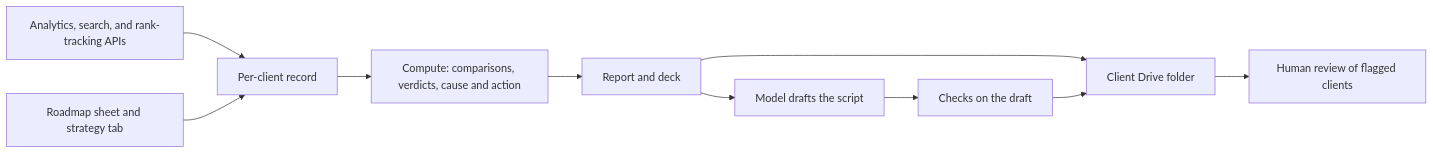
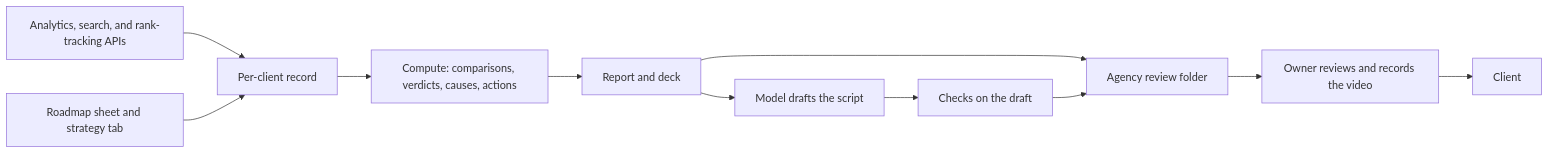
Before and after one commit to btweedy2879/engineering-write-ups: the diagram in reporting-pipeline.md, drawn with Mermaid. The commit also changed other lines of this file and 2 other files, not shown here.

````diff
--- a/reporting-pipeline.md
+++ b/reporting-pipeline.md
@@ -21,12 +19,13 @@
 ```mermaid
 flowchart LR
     A[Analytics, search, and rank-tracking APIs] --> B[Per-client record]
     S[Roadmap sheet and strategy tab] --> B
-    B --> C[Compute: comparisons, verdicts, cause and action]
+    B --> C[Compute: comparisons, verdicts, causes, actions]
     C --> D[Report and deck]
     D --> E[Model drafts the script]
     E --> F[Checks on the draft]
-    D --> G[Client Drive folder]
+    D --> G[Agency review folder]
     F --> G
-    G --> H[Human review of flagged clients]
+    G --> H[Owner reviews and records the video]
+    H --> I[Client]
 ```
````
